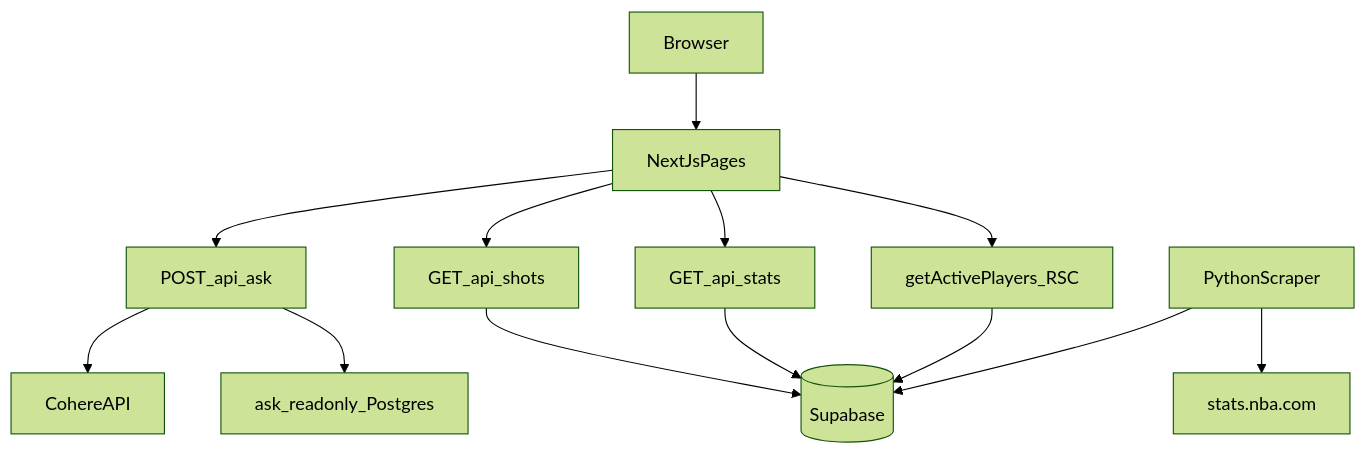
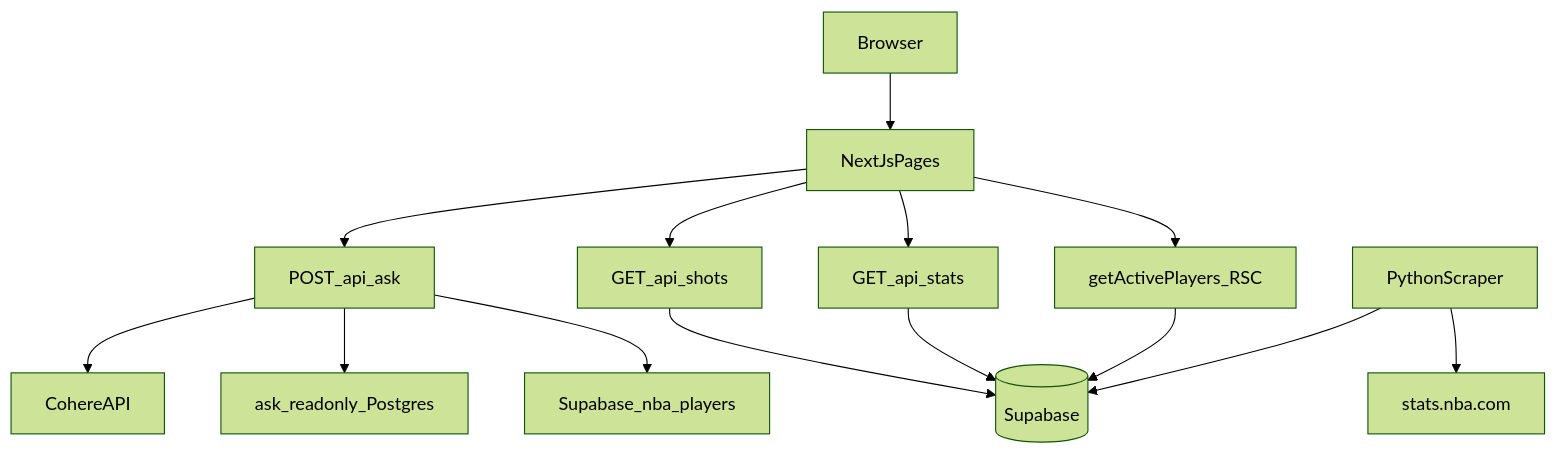
Before and after one commit to rjhxu/can-he-shoot: the diagram in README.md, drawn with Mermaid (forest theme). The commit also changed other lines of this file and 5 other files, not shown here.

Commit message:
Remove dead season-type helpers and sync README with current architecture.

````diff
--- a/README.md
+++ b/README.md
@@ -69,18 +62,19 @@
 ```mermaid
 flowchart TD
   user[Browser] --> pages[NextJsPages]
   pages --> askApi[POST_api_ask]
   pages --> shotsApi[GET_api_shots]
   pages --> statsApi[GET_api_stats]
   pages --> rscPlayers[getActivePlayers_RSC]
 
   askApi --> cohere[CohereAPI]
   askApi --> pgReadonly[ask_readonly_Postgres]
+  askApi --> supabasePlayers[Supabase_nba_players]
 
   shotsApi --> supabase[(Supabase)]
   statsApi --> supabase
   rscPlayers --> supabase
 
   scraper[PythonScraper] --> nbaCom[stats.nba.com]
   scraper --> supabase
 ```
````
